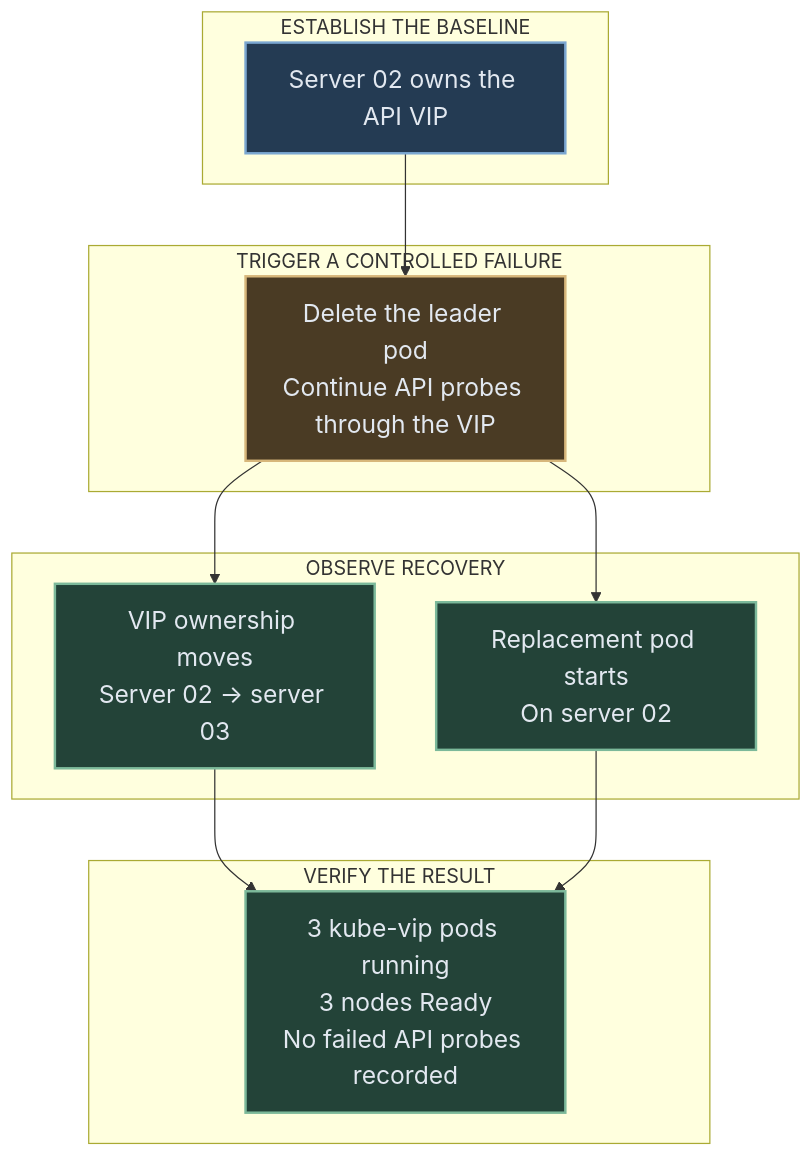
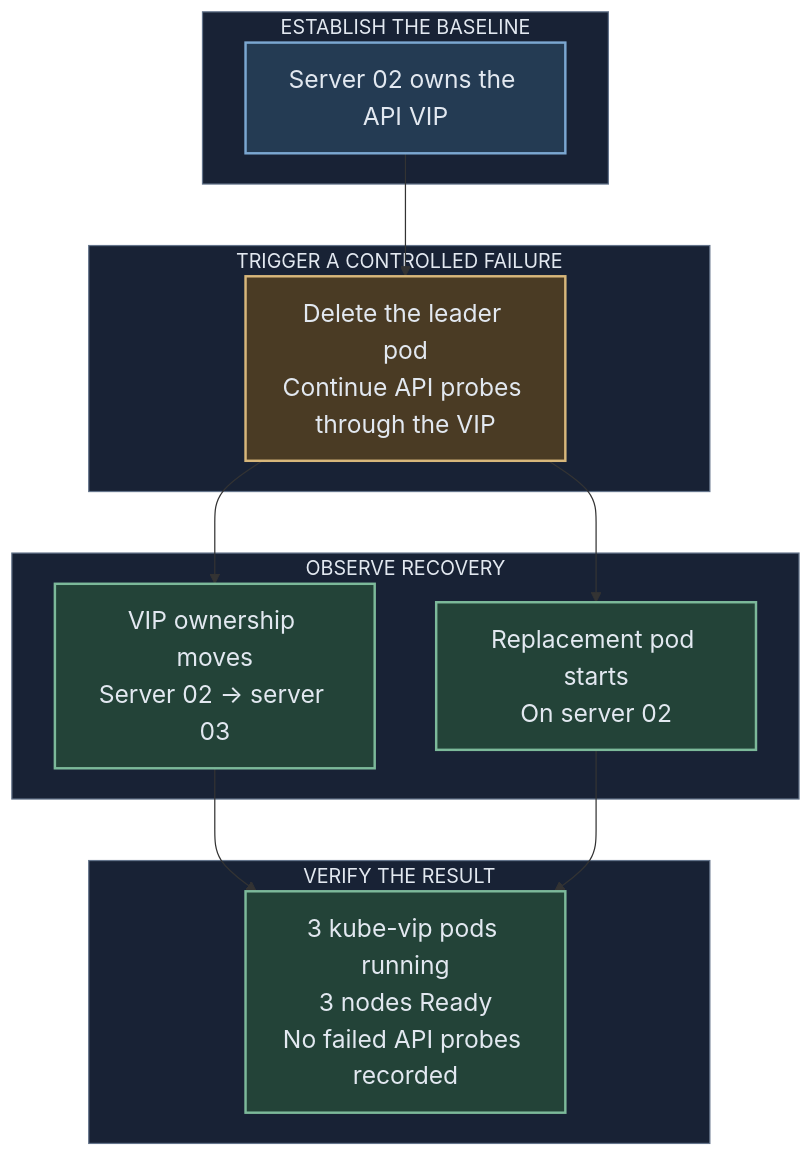
Before and after one commit to Capasiter/homelab-portfolio: the second of 3 diagrams in README.md, drawn with Mermaid. The commit also changed other lines of this file, not shown here.

Commit message:
docs: retain muted backgrounds around architecture groups

````diff
--- a/README.md
+++ b/README.md
@@ -135,29 +139,33 @@
 ```mermaid
 flowchart TB
     subgraph Baseline["ESTABLISH THE BASELINE"]
         Before["Server 02 owns the API VIP"]
     end
     subgraph Exercise["TRIGGER A CONTROLLED FAILURE"]
         Action["Delete the leader pod<br/>Continue API probes through the VIP"]
     end
     subgraph Handoff["OBSERVE RECOVERY"]
         Move["VIP ownership moves<br/>Server 02 → server 03"]
         Replace["Replacement pod starts<br/>On server 02"]
     end
     subgraph Result["VERIFY THE RESULT"]
         Healthy["3 kube-vip pods running<br/>3 nodes Ready<br/>No failed API probes recorded"]
     end
     Before --> Action
     Action --> Move
     Action --> Replace
     Move --> Healthy
     Replace --> Healthy
     classDef blue fill:#243b53,stroke:#7ba7d1,color:#e2e8f0,stroke-width:2px,font-size:20px
     classDef green fill:#234338,stroke:#7cb99a,color:#e2e8f0,stroke-width:2px,font-size:20px
     classDef purple fill:#39304d,stroke:#b49bd4,color:#e2e8f0,stroke-width:2px,font-size:20px
     classDef gray fill:#293241,stroke:#a9b8c8,color:#e2e8f0,stroke-width:2px,font-size:20px
     classDef amber fill:#4a3b24,stroke:#d7b77b,color:#e2e8f0,stroke-width:2px,font-size:20px
     class Before blue
     class Action amber
     class Move,Replace,Healthy green
+    style Baseline fill:#182235,stroke:#64748b,color:#e2e8f0
+    style Exercise fill:#182235,stroke:#64748b,color:#e2e8f0
+    style Handoff fill:#182235,stroke:#64748b,color:#e2e8f0
+    style Result fill:#182235,stroke:#64748b,color:#e2e8f0
 ```
````
